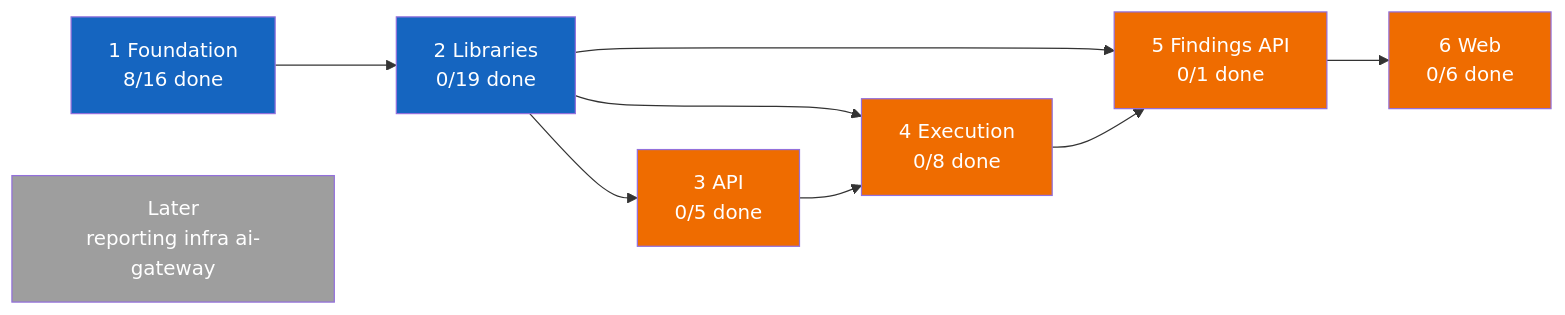
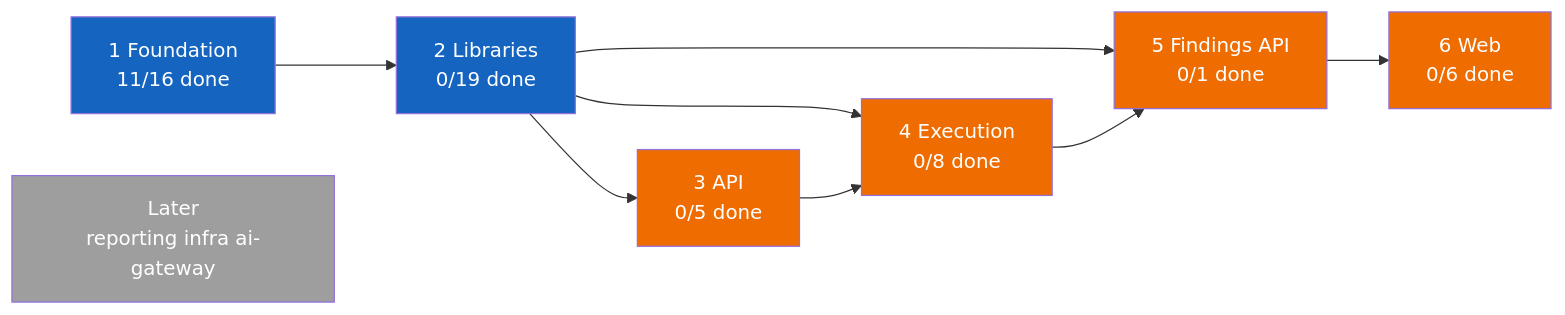
The first of 2 diagrams in PROGRESS.md (vulcanflow/docs), drawn with Mermaid before and after one commit. The commit also changed other lines of this file and 1 other file, not shown here.

````diff
--- a/PROGRESS.md
+++ b/PROGRESS.md
@@ -24,31 +24,31 @@
 ```mermaid
 flowchart LR
-  P1["1 Foundation<br/>8/16 done"]
+  P1["1 Foundation<br/>11/16 done"]
   P2["2 Libraries<br/>0/19 done"]
   P3["3 API<br/>0/5 done"]
   P4["4 Execution<br/>0/8 done"]
   P5["5 Findings API<br/>0/1 done"]
   P6["6 Web<br/>0/6 done"]
   L["Later<br/>reporting infra ai-gateway"]
 
   P1 --> P2
   P2 --> P3
   P2 --> P4
   P3 --> P4
   P2 --> P5
   P4 --> P5
   P5 --> P6
 
   classDef done fill:#2e7d32,color:#fff
   classDef active fill:#1565c0,color:#fff
   classDef held fill:#9e9e9e,color:#fff
   classDef blocked fill:#ef6c00,color:#fff
 
   class P1 active
   class P2 active
   class P3 blocked
   class P4 blocked
   class P5 blocked
   class P6 blocked
   class L held
 ```
````
